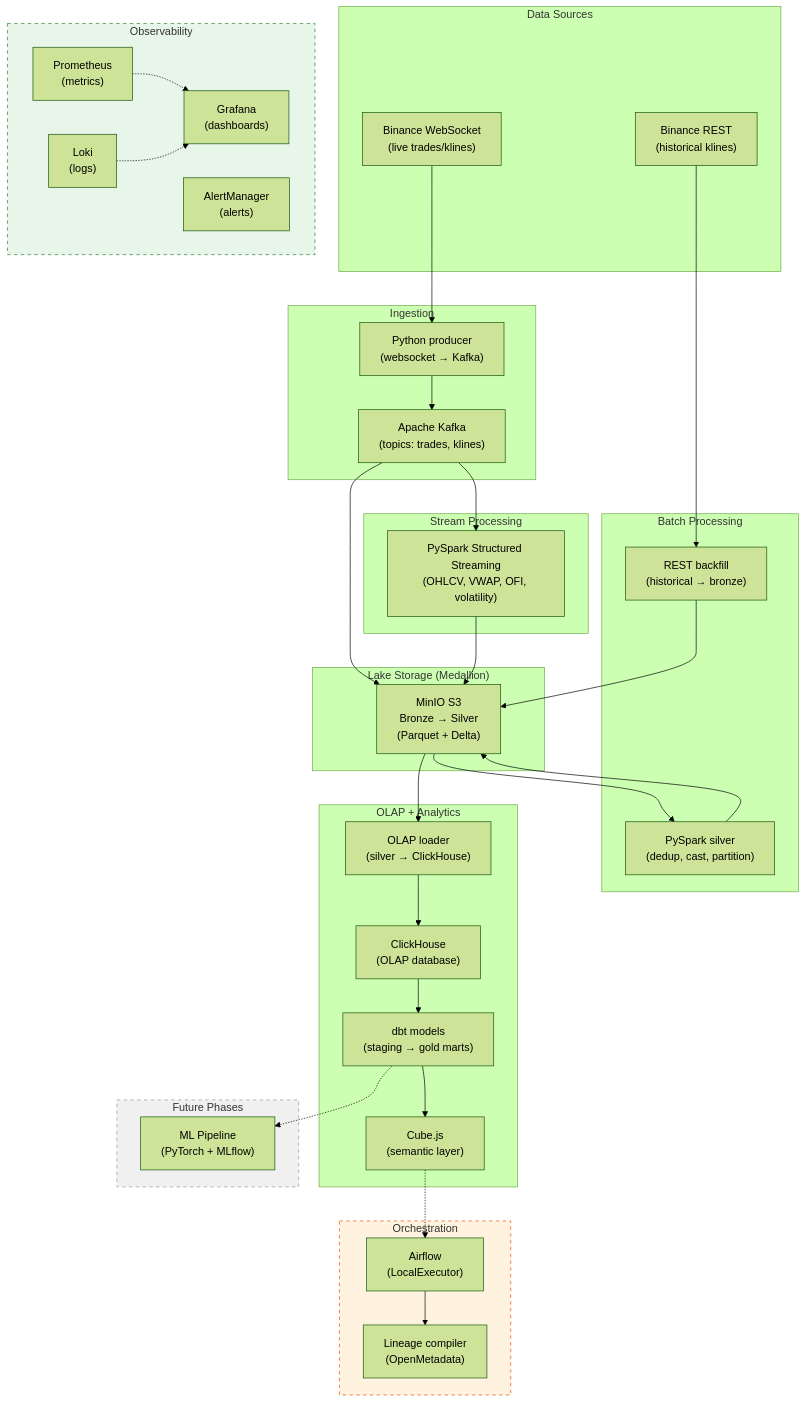
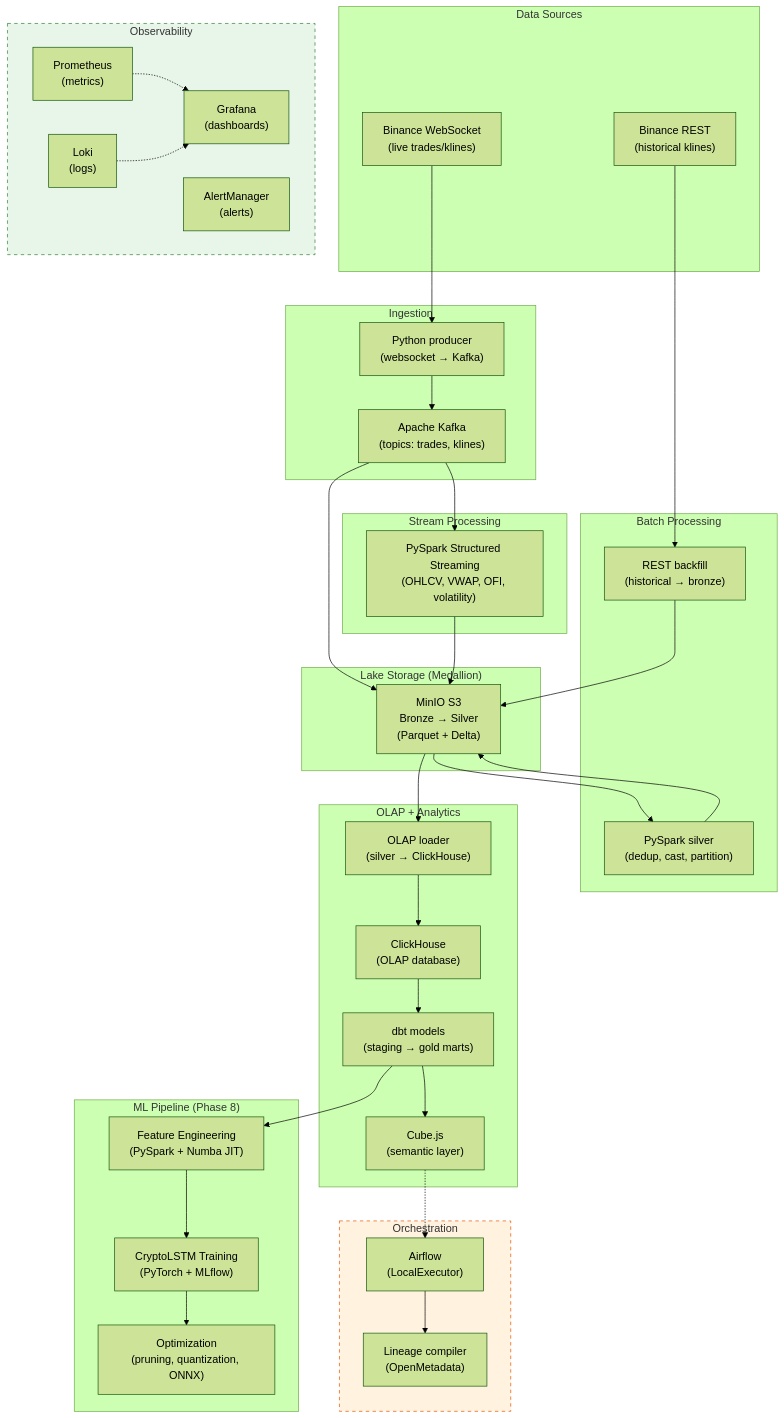
The diagram in docs/index.md (weecici/project-x), drawn with Mermaid (forest theme) before and after one commit. The commit also changed other lines of this file and 8 other files, not shown here.

````diff
--- a/docs/index.md
+++ b/docs/index.md
@@ -48,71 +48,74 @@
 ```mermaid
 flowchart TB
     subgraph SRC["Data Sources"]
         WS["Binance WebSocket\n(live trades/klines)"]
         REST["Binance REST\n(historical klines)"]
     end
 
     subgraph INGEST["Ingestion"]
         PROD["Python producer\n(websocket → Kafka)"]
         KAFKA["Apache Kafka\n(topics: trades, klines)"]
     end
 
     subgraph BATCH["Batch Processing"]
         BACKFILL["REST backfill\n(historical → bronze)"]
         SPARK["PySpark silver\n(dedup, cast, partition)"]
     end
 
     subgraph STREAM["Stream Processing"]
         SPARK_STREAM["PySpark Structured Streaming\n(OHLCV, VWAP, OFI, volatility)"]
     end
 
     subgraph LAKE["Lake Storage (Medallion)"]
         S3["MinIO S3\nBronze → Silver\n(Parquet + Delta)"]
     end
 
     subgraph OLAP["OLAP + Analytics"]
         LOADER["OLAP loader\n(silver → ClickHouse)"]
         CH["ClickHouse\n(OLAP database)"]
         DBT["dbt models\n(staging → gold marts)"]
         CUBE["Cube.js\n(semantic layer)"]
     end
 
     subgraph ORCH["Orchestration"]
         AIRFLOW["Airflow\n(LocalExecutor)"]
         LINEAGE["Lineage compiler\n(OpenMetadata)"]
     end
 
     subgraph OBS["Observability"]
         PROM["Prometheus\n(metrics)"]
         GRAF["Grafana\n(dashboards)"]
         LOKI["Loki\n(logs)"]
         ALERT["AlertManager\n(alerts)"]
     end
 
-    subgraph FUTURE["Future Phases"]
-        ML["ML Pipeline\n(PyTorch + MLflow)"]
+    subgraph ML["ML Pipeline (Phase 8)"]
+        FEAT["Feature Engineering\n(PySpark + Numba JIT)"]
+        TRAIN["CryptoLSTM Training\n(PyTorch + MLflow)"]
+        OPT["Optimization\n(pruning, quantization, ONNX)"]
     end
 
     WS --> PROD --> KAFKA
     KAFKA --> S3
     KAFKA --> SPARK_STREAM
     REST --> BACKFILL --> S3
     S3 --> SPARK --> S3
     SPARK_STREAM --> S3
 
     S3 --> LOADER --> CH
     CH --> DBT
     DBT --> CUBE
 
     CUBE -.-> AIRFLOW
     AIRFLOW --> LINEAGE
 
-    DBT -.-> ML
+    DBT --> FEAT
+    FEAT --> TRAIN
+    TRAIN --> OPT
 
     PROM -.-> GRAF
     LOKI -.-> GRAF
 
-    style FUTURE fill:#f0f0f0,stroke:#999,stroke-dasharray: 5 5
     style ORCH fill:#fff3e0,stroke:#e65100,stroke-dasharray: 5 5
     style OBS fill:#e8f5e9,stroke:#2e7d32,stroke-dasharray: 5 5
 ```
````
